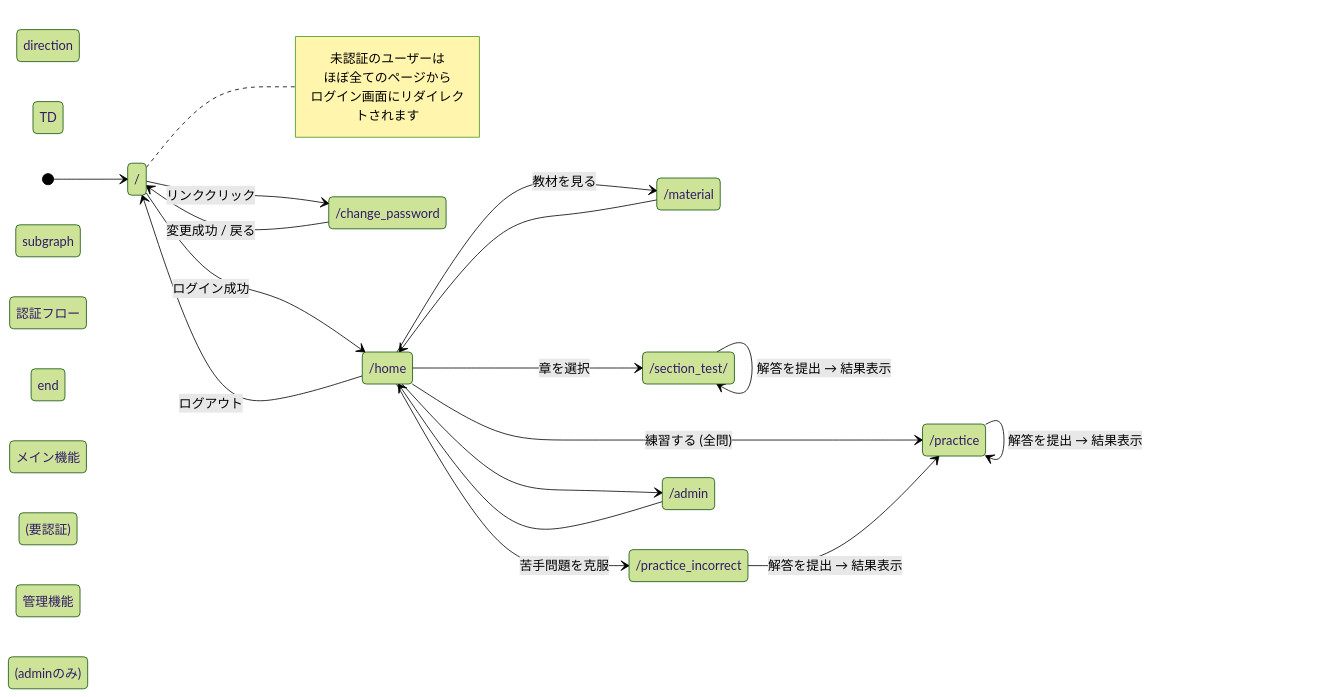
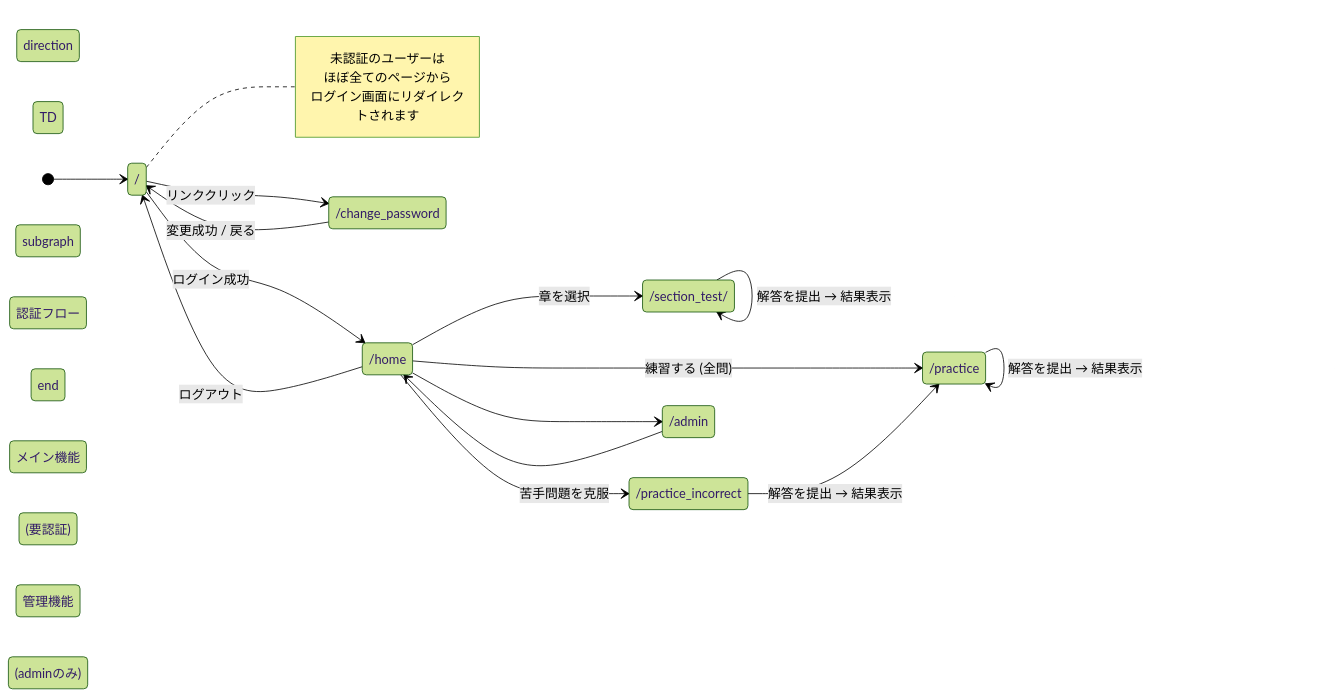
One commit to gogokate3-glitch/myquest changed the second of 2 diagrams in project_specification.md. Above: the diagram before and after it, drawn with Mermaid (forest theme). The commit also changed other lines of this file, not shown here.

Commit message:
Docs: Refine features and remove 'material' section

````diff
--- a/project_specification.md
+++ b/project_specification.md
@@ -244,48 +244,44 @@
 ```mermaid
 stateDiagram-v2
     direction TD
 
     [*] --> ログイン
 
     subgraph 認証フロー
         ログイン --> ホーム : ログイン成功
         ログイン : /
         ホーム : /home
 
         ホーム --> ログイン : ログアウト
         ログイン --> パスワード変更 : リンククリック
         パスワード変更 : /change_password
         パスワード変更 --> ログイン : 変更成功 / 戻る
     end
 
     subgraph メイン機能 (要認証)
         direction LR
-        ホーム --> 教材 : 教材を見る
-        教材 : /material
-        教材 --> ホーム
-
         ホーム --> 章末テスト : 章を選択
         章末テスト : /section_test/<category>
         章末テスト --> 章末テスト : 解答を提出 → 結果表示
 
         ホーム --> 練習問題 : 練習する (全問)
         練習問題 : /practice
         練習問題 --> 練習問題 : 解答を提出 → 結果表示
 
         ホーム --> 苦手問題 : 苦手問題を克服
         苦手問題 : /practice_incorrect
         苦手問題 --> 練習問題 : 解答を提出 → 結果表示
     end
 
     subgraph 管理機能 (adminのみ)
         ホーム --> 管理者
         管理者 : /admin
         管理者 --> ホーム
     end
 
     note right of ログイン
       未認証のユーザーは
       ほぼ全てのページから
       ログイン画面にリダイレクトされます
     end note
 ```
````
